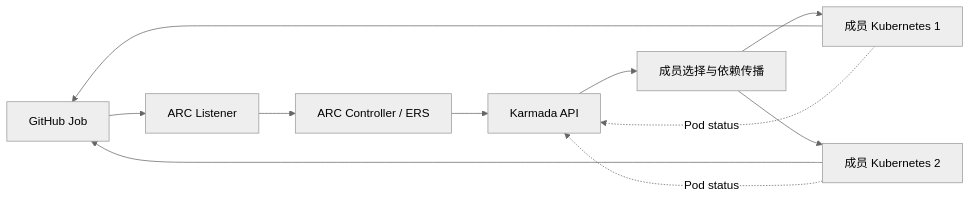
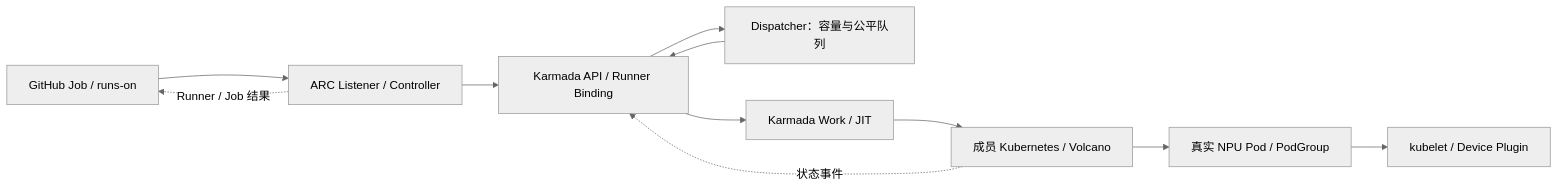
Before and after one commit to pkking/arc-karmada-test: the first of 18 diagrams in docs/ASCEND-CI-FEDERATED-CLUSTER-FUNCTIONAL-DESIGN.md, drawn with Mermaid (neutral theme). The commit also changed other lines of this file and 6 other files, not shown here.

````diff
--- a/docs/ASCEND-CI-FEDERATED-CLUSTER-FUNCTIONAL-DESIGN.md
+++ b/docs/ASCEND-CI-FEDERATED-CLUSTER-FUNCTIONAL-DESIGN.md
@@ -245,13 +258,13 @@
 ```mermaid
 flowchart LR
-  GH[GitHub Job] --> L[ARC Listener]
-  L --> ARC[ARC Controller / ERS]
-  ARC --> API[Karmada API]
-  API --> POLICY[成员选择与依赖传播]
-  POLICY --> M1[成员 Kubernetes 1]
-  POLICY --> M2[成员 Kubernetes 2]
-  M1 --> GH
-  M2 --> GH
-  M1 -.Pod status.-> API
-  M2 -.Pod status.-> API
+    GH[GitHub Job / runs-on] --> ARC[ARC Listener / Controller]
+    ARC --> K[Karmada API / Runner Binding]
+    K --> D[Dispatcher：容量与公平队列]
+    D --> K
+    K --> W[Karmada Work / JIT]
+    W --> M[成员 Kubernetes / Volcano]
+    M --> P[真实 NPU Pod / PodGroup]
+    P --> DP[kubelet / Device Plugin]
+    M -. 状态事件 .-> K
+    ARC -. Runner / Job 结果 .-> GH
 ```
````
